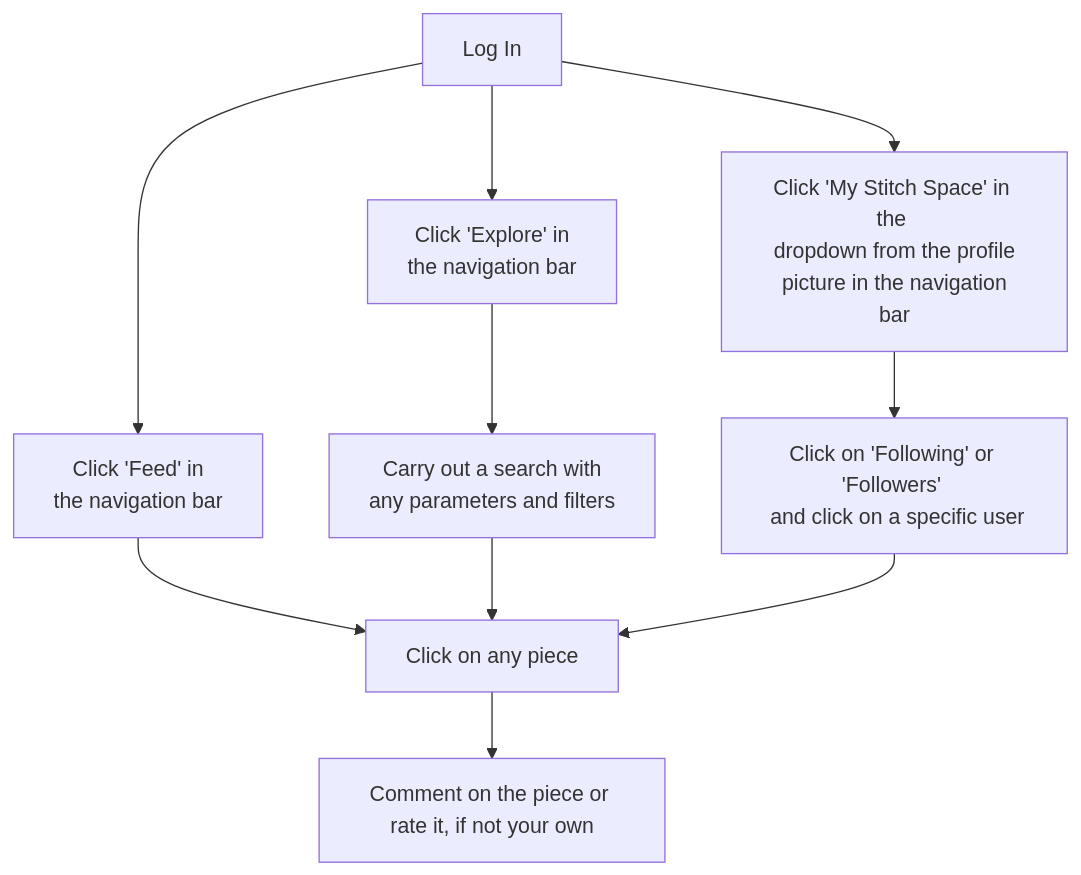
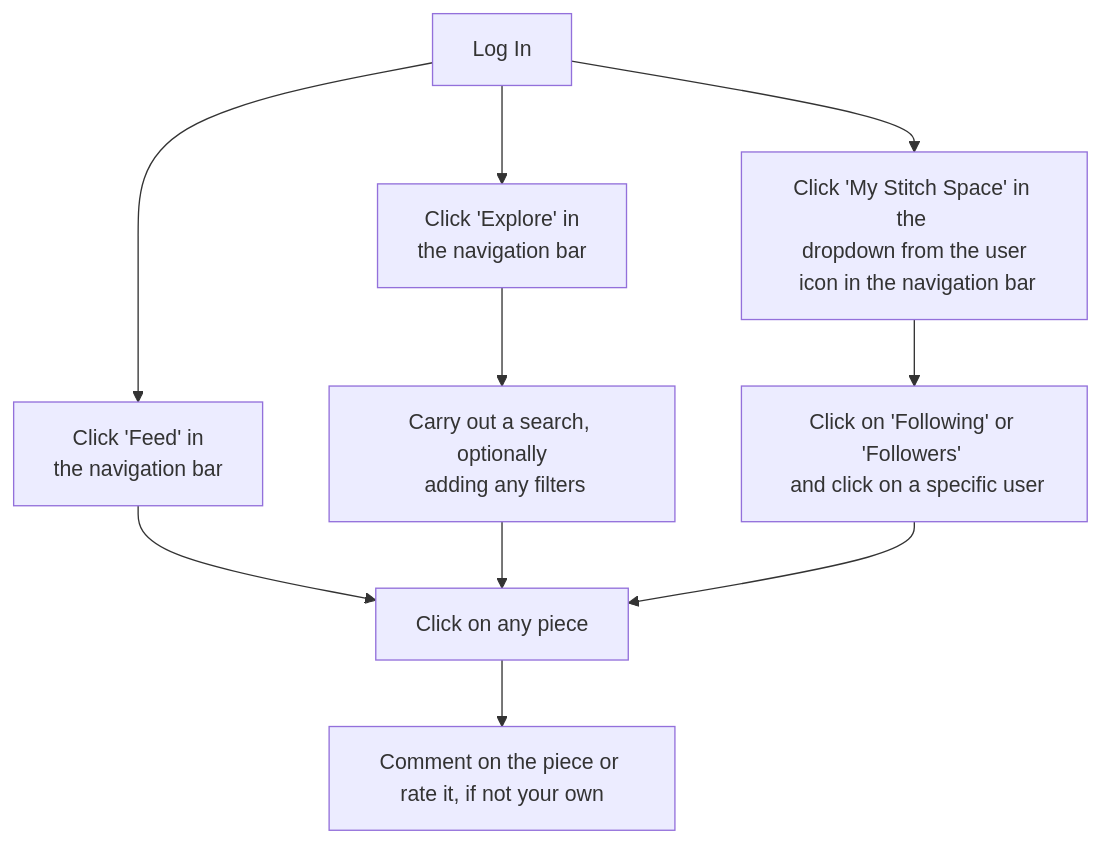
One commit to EvitaKnits/stitch-space changed the third of 6 diagrams in README.md. Above: the diagram before and after it, drawn with Mermaid. The commit also changed other lines of this file and 6 other files, not shown here.

Commit message:
Update README with up-to-date information + bugs Updates include the mermaid flowcharts for the user journeys, some screenshots, the features section, the bugs section and sprint 3 info.

````diff
--- a/README.md
+++ b/README.md
@@ -93,12 +136,12 @@
 ```mermaid
 flowchart TD
     A[Log In] --> B[Click 'Feed' in\n the navigation bar]
     A --> C[Click 'Explore' in \n the navigation bar]
-    A --> D[Click 'My Stitch Space' in the \n dropdown from the profile \n picture in the navigation bar]
+    A --> D[Click 'My Stitch Space' in the \n dropdown from the user \n icon in the navigation bar]
     B --> E[Click on any piece]
-    C --> F[Carry out a search with \n any parameters and filters]
+    C --> F[Carry out a search, optionally\n adding any filters]
     F --> E
     D --> G[Click on 'Following' or 'Followers' \n and click on a specific user]
     G --> E
     E --> H[Comment on the piece or rate it, if not your own]
 ```
````
